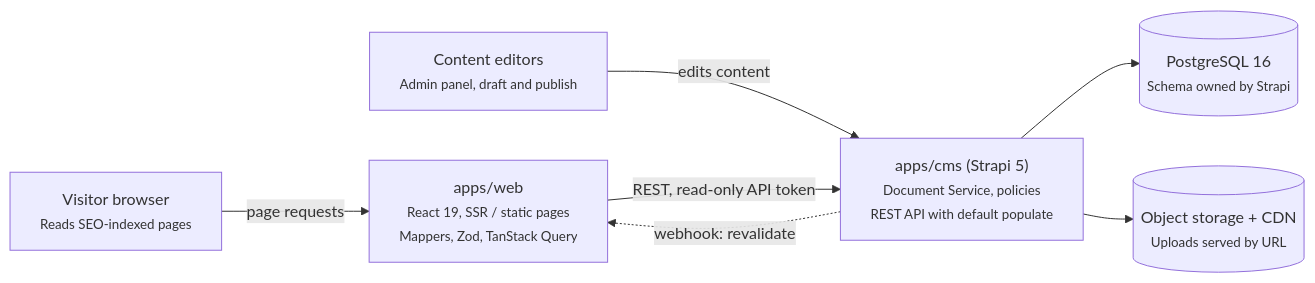
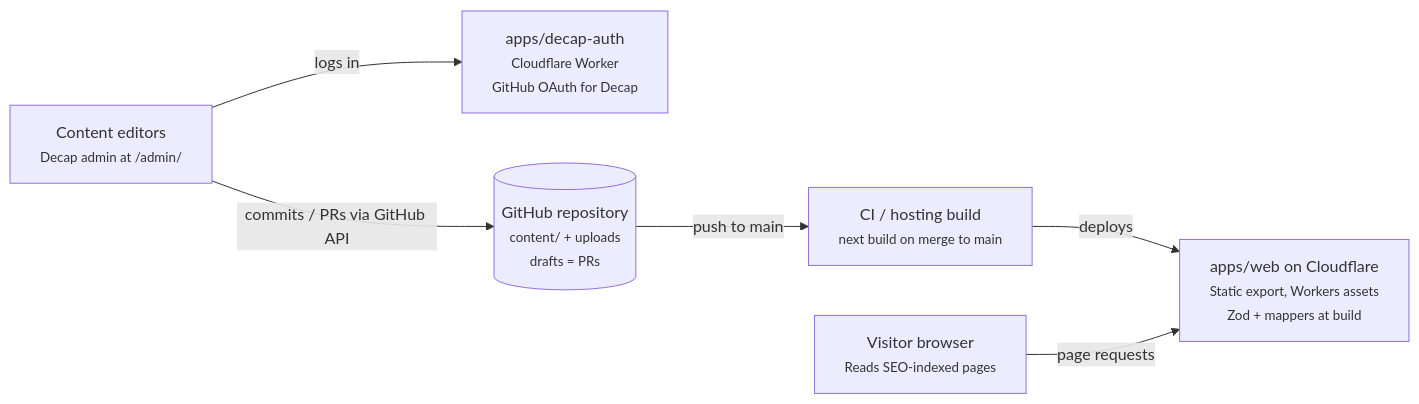
The first of 2 diagrams in docs/conventions.md (zzedgat2012/portfolio), drawn with Mermaid before and after one commit. The commit also changed other lines of this file and 1 other file, not shown here.

First line of the commit message:
docs: switch conventions to Next.js, Decap CMS and Cloudflare

````diff
--- a/docs/conventions.md
+++ b/docs/conventions.md
@@ -27,16 +28,15 @@
 ```mermaid
 flowchart LR
     visitor["Visitor browser<br/><small>Reads SEO-indexed pages</small>"]
-    editors["Content editors<br/><small>Admin panel, draft and publish</small>"]
-    web["apps/web<br/><small>React 19, SSR / static pages<br/>Mappers, Zod, TanStack Query</small>"]
-    cms["apps/cms (Strapi 5)<br/><small>Document Service, policies<br/>REST API with default populate</small>"]
-    pg[("PostgreSQL 16<br/><small>Schema owned by Strapi</small>")]
-    storage[("Object storage + CDN<br/><small>Uploads served by URL</small>")]
+    editors["Content editors<br/><small>Decap admin at /admin/</small>"]
+    oauth["apps/decap-auth<br/><small>Cloudflare Worker<br/>GitHub OAuth for Decap</small>"]
+    gh[("GitHub repository<br/><small>content/ + uploads<br/>drafts = PRs</small>")]
+    ci["CI / hosting build<br/><small>next build on merge to main</small>"]
+    web["apps/web on Cloudflare<br/><small>Static export, Workers assets<br/>Zod + mappers at build</small>"]
 
+    editors -- logs in --> oauth
+    editors -- "commits / PRs via GitHub API" --> gh
+    gh -- "push to main" --> ci
+    ci -- deploys --> web
     visitor -- page requests --> web
-    editors -- edits content --> cms
-    web -- "REST, read-only API token" --> cms
-    cms -. "webhook: revalidate" .-> web
-    cms --> pg
-    cms --> storage
 ```
````
